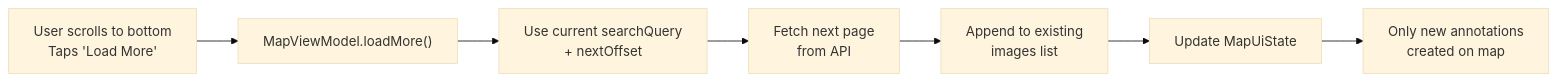
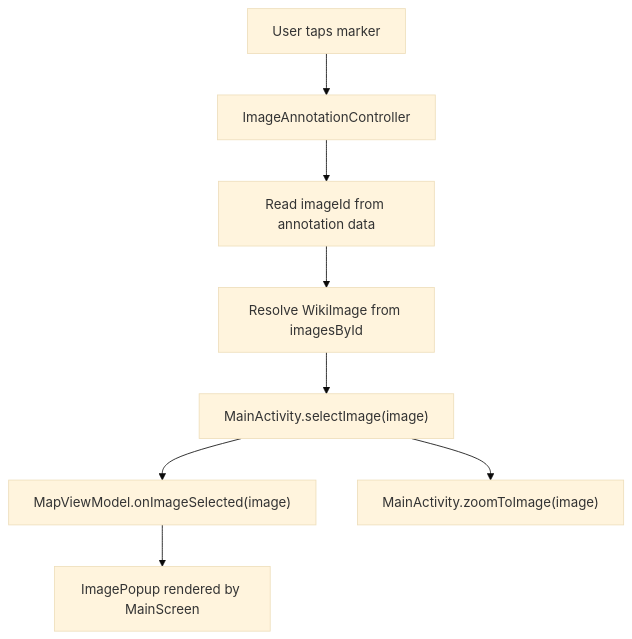
Before and after one commit to duchangyu/mapbox-wikimedia-explorer: the third of 6 diagrams in ARCHITECTURE.md, drawn with Mermaid (base theme). The commit also changed other lines of this file, not shown here.

Commit message:
Update architecture documentation

````diff
--- a/ARCHITECTURE.md
+++ b/ARCHITECTURE.md
@@ -132,9 +111,10 @@
 ```mermaid
-flowchart LR
-    A["User scrolls to bottom<br/>Taps 'Load More'"] --> B["MapViewModel.loadMore()"]
-    B --> C["Use current searchQuery<br/>+ nextOffset"]
-    C --> D["Fetch next page<br/>from API"]
-    D --> E["Append to existing<br/>images list"]
-    E --> F["Update MapUiState"]
-    F --> G["Only new annotations<br/>created on map"]
+flowchart TD
+    A["User taps marker"] --> B["ImageAnnotationController"]
+    B --> C["Read imageId from annotation data"]
+    C --> D["Resolve WikiImage from imagesById"]
+    D --> E["MainActivity.selectImage(image)"]
+    E --> F["MapViewModel.onImageSelected(image)"]
+    E --> G["MainActivity.zoomToImage(image)"]
+    F --> H["ImagePopup rendered by MainScreen"]
 ```
````
